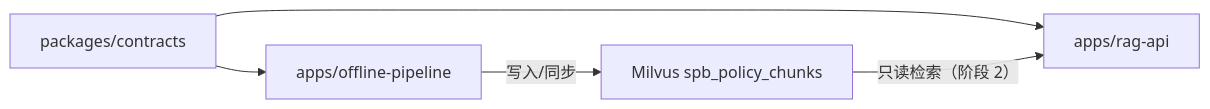
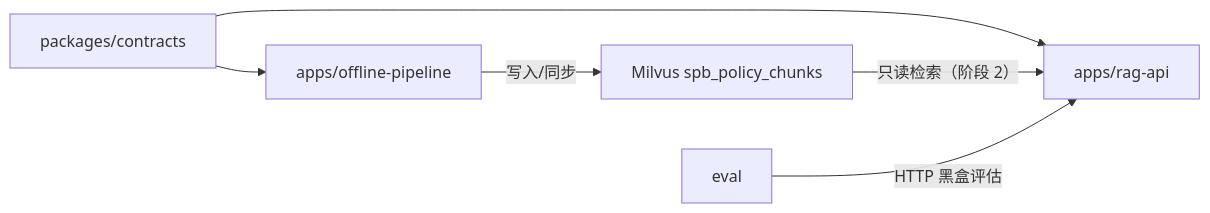
One commit to wwbotww/Intern26-spb changed the first of 2 diagrams in docs/workspace-architecture.md. Above: the diagram before and after it, drawn with Mermaid. The commit also changed other lines of this file and 20 other files, not shown here.

````diff
--- a/docs/workspace-architecture.md
+++ b/docs/workspace-architecture.md
@@ -9,7 +9,8 @@
 ```mermaid
 flowchart LR
     C["packages/contracts"] --> O["apps/offline-pipeline"]
     C --> R["apps/rag-api"]
     O -->|"写入/同步"| M["Milvus spb_policy_chunks"]
     M -->|"只读检索（阶段 2）"| R
+    E["eval"] -->|"HTTP 黑盒评估"| R
 ```
````
